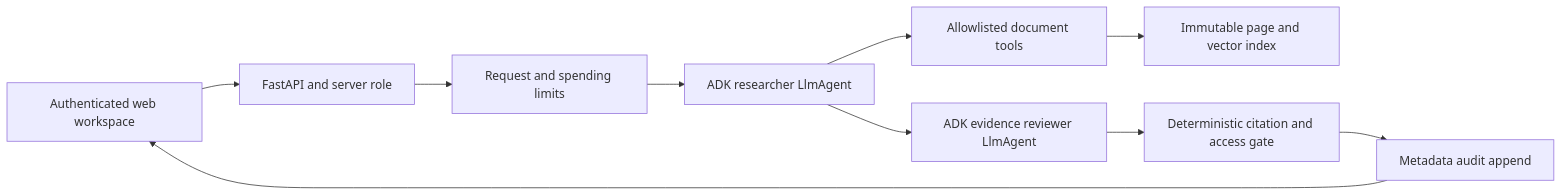
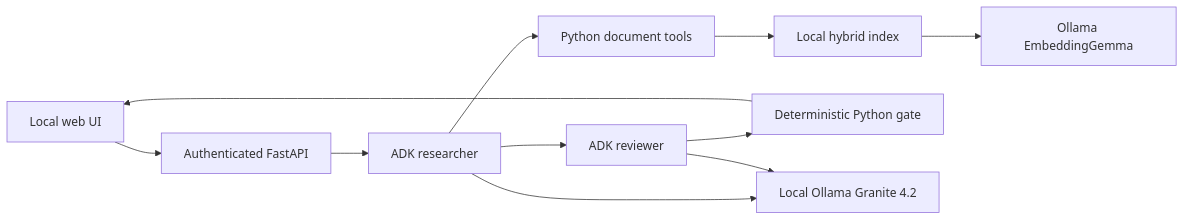
The diagram in docs/ARCHITECTURE.md (vk4868/boundary-adk-rag), drawn with Mermaid before and after one commit. The commit also changed other lines of this file and 38 other files, not shown here.

Commit message:
Run ADK document research locally with Ollama

````diff
--- a/docs/ARCHITECTURE.md
+++ b/docs/ARCHITECTURE.md
@@ -7,12 +5,13 @@
 ```mermaid
 flowchart LR
-    UI[Authenticated web workspace] --> API[FastAPI and server role]
-    API --> Limits[Request and spending limits]
-    Limits --> Research[ADK researcher LlmAgent]
-    Research --> Tools[Allowlisted document tools]
-    Tools --> Index[Immutable page and vector index]
-    Research --> Review[ADK evidence reviewer LlmAgent]
-    Review --> Gate[Deterministic citation and access gate]
-    Gate --> Audit[Metadata audit append]
-    Audit --> UI
+  U[Local web UI] --> A[Authenticated FastAPI]
+  A --> R[ADK researcher]
+  R --> T[Python document tools]
+  T --> I[Local hybrid index]
+  I --> E[Ollama EmbeddingGemma]
+  R --> V[ADK reviewer]
+  V --> G[Deterministic Python gate]
+  G --> U
+  R --> O[Local Ollama Granite 4.2]
+  V --> O
 ```
````
